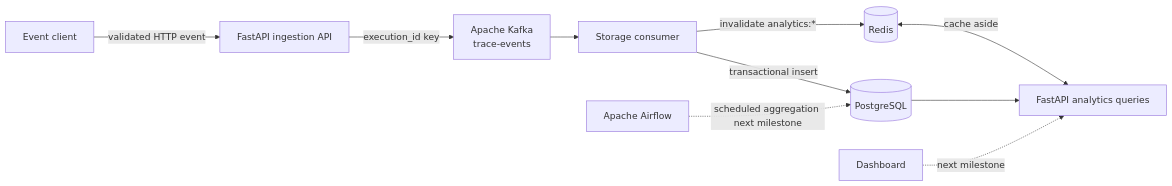
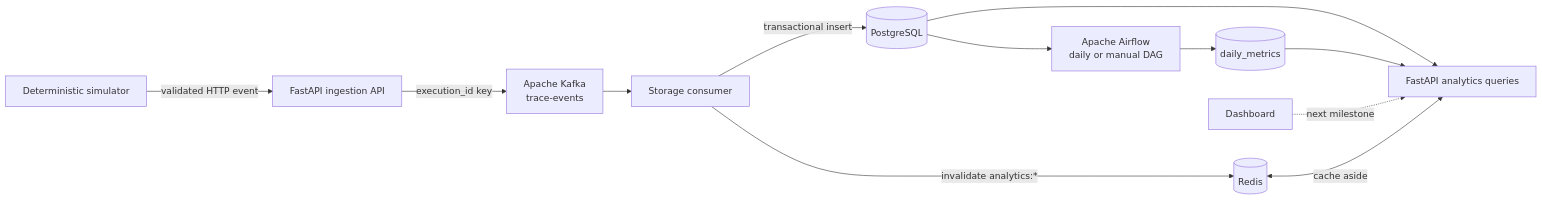
Before and after one commit to Himkeshtak/Trace-AI: the first of 3 diagrams in README.md, drawn with Mermaid. The commit also changed other lines of this file and 7 other files, not shown here.

First line of the commit message:
feat(analytics): add reproducible workload and Airflow aggregation

````diff
--- a/README.md
+++ b/README.md
@@ -11,12 +11,14 @@
 ```mermaid
 flowchart LR
-    Client[Event client] -->|validated HTTP event| API[FastAPI ingestion API]
+    S[Deterministic simulator] -->|validated HTTP event| API[FastAPI ingestion API]
     API -->|execution_id key| K[Apache Kafka\ntrace-events]
     K --> C[Storage consumer]
     C -->|transactional insert| P[(PostgreSQL)]
     C -->|invalidate analytics:*| R[(Redis)]
     P --> Q[FastAPI analytics queries]
     R <-->|cache aside| Q
-    A[Apache Airflow] -. scheduled aggregation next milestone .-> P
+    P --> A[Apache Airflow\ndaily or manual DAG]
+    A --> M[(daily_metrics)]
+    M --> Q
     UI[Dashboard] -. next milestone .-> Q
 ```
````
